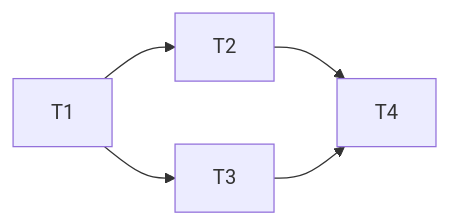
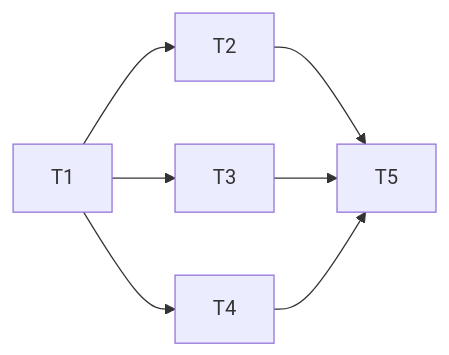
One commit to DaviRain-Su/dev-lifecycle changed the diagram in templates/04-task-breakdown.md. Above: the diagram before and after it, drawn with Mermaid. The commit also changed other lines of this file and 9 other files, not shown here.

````diff
--- a/templates/04-task-breakdown.md
+++ b/templates/04-task-breakdown.md
@@ -26,7 +78,9 @@
 ```mermaid
 flowchart LR
     T1 --> T2
     T1 --> T3
-    T2 --> T4
-    T3 --> T4
+    T1 --> T4
+    T2 --> T5
+    T3 --> T5
+    T4 --> T5
 ```
````
